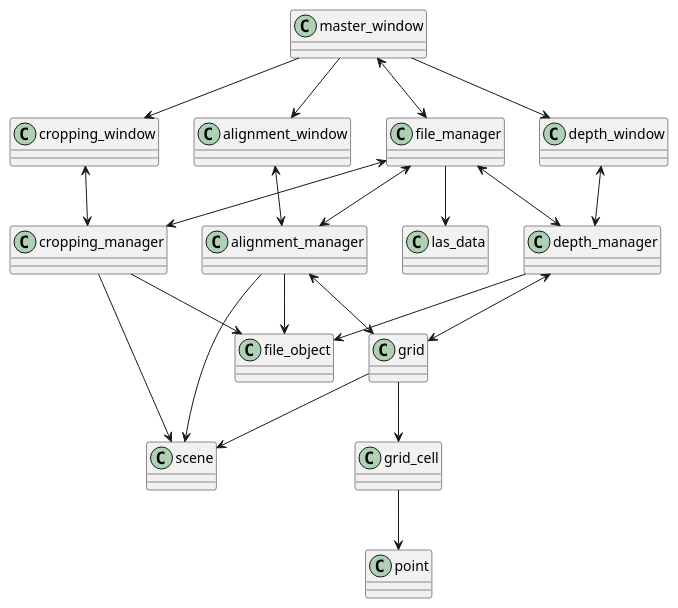
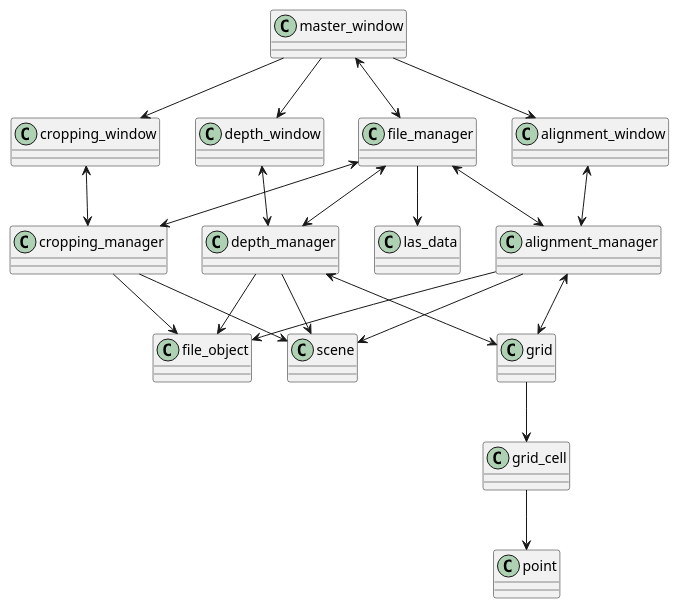
One commit to pottsen/LidarViewer changed the diagram in viewer/uml_diagram.puml. Above: the diagram before and after it, drawn with PlantUML. The commit also changed 3 other files, not shown here.

```diff
--- a/viewer/uml_diagram.puml
+++ b/viewer/uml_diagram.puml
@@ -1,46 +1,46 @@
 @startuml
 class master_window
 class file_manager
 class cropping_window
 class depth_window
 class alignment_window
 class cropping_manager
 class depth_manager
 class alignment_manager
 class las_data
 class scene
 class grid
 class file_object
 class grid_cell
 class point
 
 master_window <--> file_manager
 master_window --> cropping_window
 master_window --> alignment_window
 master_window --> depth_window
 
 depth_window <--> depth_manager
 alignment_window <--> alignment_manager
 cropping_window <--> cropping_manager
 
 depth_manager <--> grid
+depth_manager --> scene
 depth_manager --> file_object
 
 alignment_manager --> scene
 alignment_manager <--> grid
 alignment_manager --> file_object
 
 
 cropping_manager --> scene
 cropping_manager --> file_object
 
 file_manager <--> cropping_manager
 file_manager <--> alignment_manager
 file_manager <--> depth_manager
 file_manager --> las_data
 
-grid --> scene
 grid --> grid_cell
 
 grid_cell --> point
 @enduml
```
